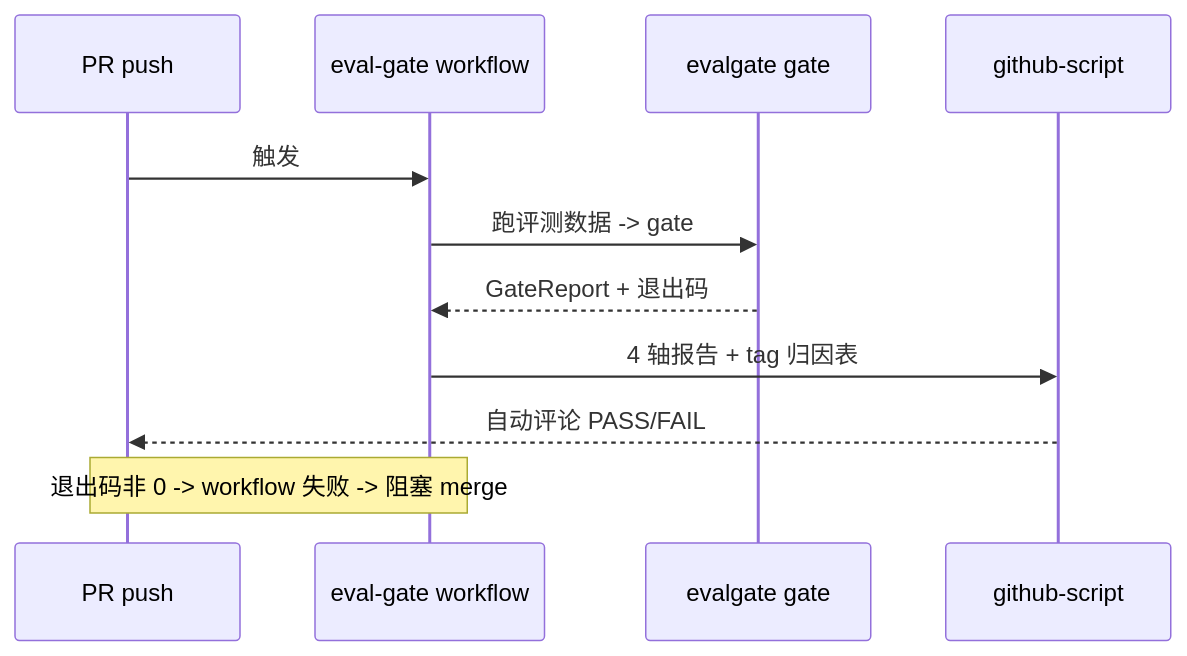
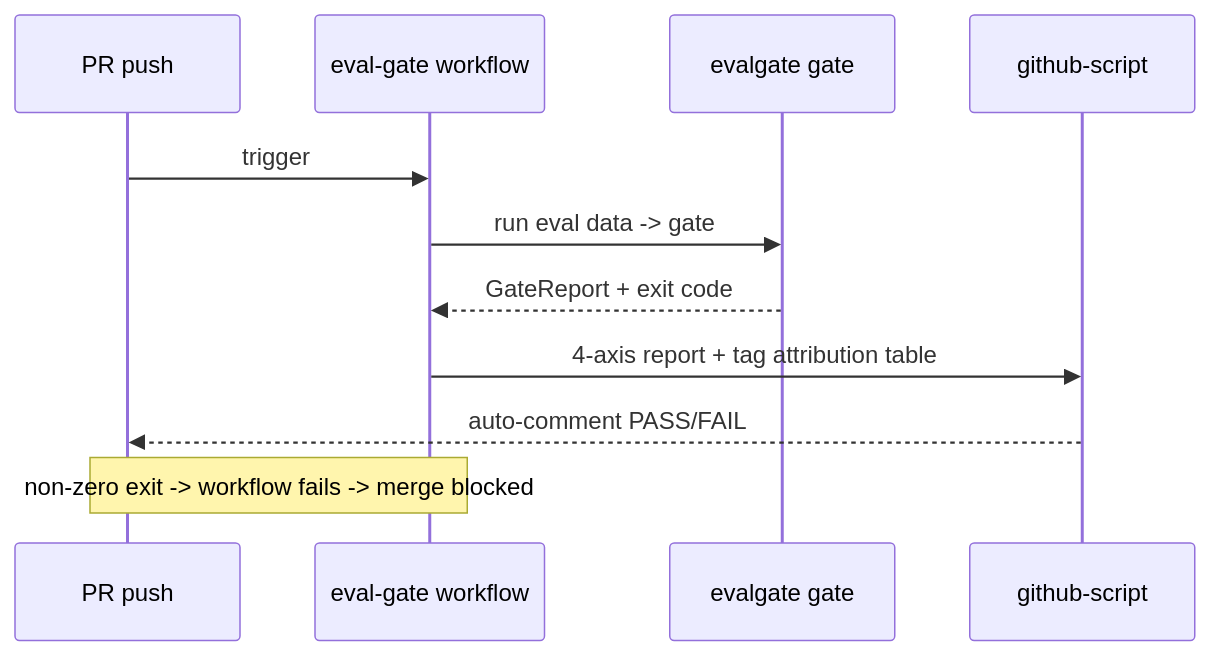
The third of 3 diagrams in docs/PHASE_2_PLAN.md (AndyUneducated/eval-gate), drawn with Mermaid before and after one commit. The commit also changed other lines of this file and 22 other files, not shown here.

````diff
--- a/docs/PHASE_2_PLAN.md
+++ b/docs/PHASE_2_PLAN.md
@@ -104,14 +104,14 @@
 ```mermaid
 sequenceDiagram
   participant PR as PR push
   participant CI as eval-gate workflow
   participant Gate as evalgate gate
   participant GH as github-script
 
-  PR->>CI: 触发
-  CI->>Gate: 跑评测数据 -> gate
-  Gate-->>CI: GateReport + 退出码
-  CI->>GH: 4 轴报告 + tag 归因表
-  GH-->>PR: 自动评论 PASS/FAIL
-  Note over CI,PR: 退出码非 0 -> workflow 失败 -> 阻塞 merge
+  PR->>CI: trigger
+  CI->>Gate: run eval data -> gate
+  Gate-->>CI: GateReport + exit code
+  CI->>GH: 4-axis report + tag attribution table
+  GH-->>PR: auto-comment PASS/FAIL
+  Note over CI,PR: non-zero exit -> workflow fails -> merge blocked
 ```
````
